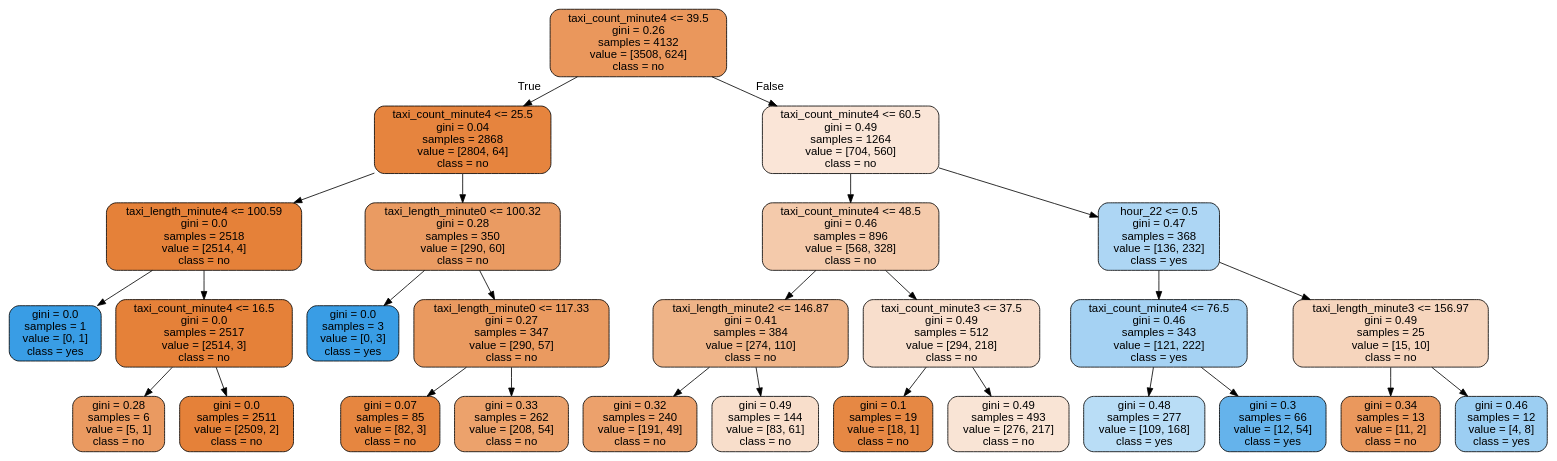
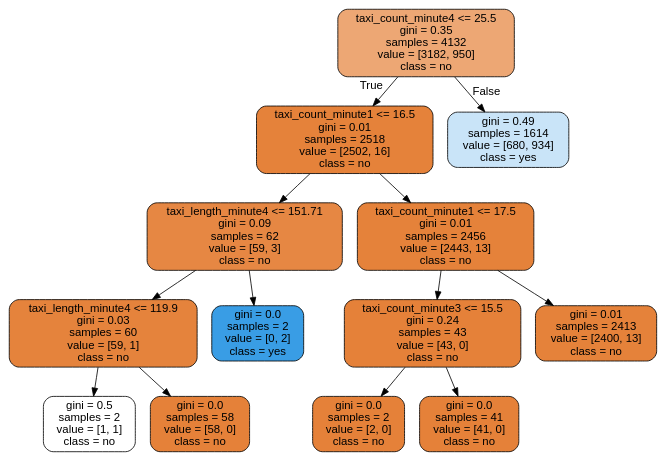
The diagram in t2_heavy_congestion.dot (DungDinhDungDinh/capstone_project), drawn with Graphviz before and after one commit. The commit also changed 8 other files, not shown here.

```diff
--- a/t2_heavy_congestion.dot
+++ b/t2_heavy_congestion.dot
@@ -1,57 +1,29 @@
 digraph Tree {
 node [shape=box, style="filled, rounded", color="black", fontname="helvetica"] ;
 edge [fontname="helvetica"] ;
-0 [label="taxi_count_minute4 <= 39.5\ngini = 0.26\nsamples = 4132\nvalue = [3508, 624]\nclass = no", fillcolor="#ea975c"] ;
-1 [label="taxi_count_minute4 <= 25.5\ngini = 0.04\nsamples = 2868\nvalue = [2804, 64]\nclass = no", fillcolor="#e6843e"] ;
+0 [label="taxi_count_minute4 <= 25.5\ngini = 0.35\nsamples = 4132\nvalue = [3182, 950]\nclass = no", fillcolor="#eda774"] ;
+1 [label="taxi_count_minute1 <= 16.5\ngini = 0.01\nsamples = 2518\nvalue = [2502, 16]\nclass = no", fillcolor="#e5823a"] ;
 0 -> 1 [labeldistance=2.5, labelangle=45, headlabel="True"] ;
-2 [label="taxi_length_minute4 <= 100.59\ngini = 0.0\nsamples = 2518\nvalue = [2514, 4]\nclass = no", fillcolor="#e58139"] ;
+2 [label="taxi_length_minute4 <= 151.71\ngini = 0.09\nsamples = 62\nvalue = [59, 3]\nclass = no", fillcolor="#e68743"] ;
 1 -> 2 ;
-3 [label="gini = 0.0\nsamples = 1\nvalue = [0, 1]\nclass = yes", fillcolor="#399de5"] ;
+3 [label="taxi_length_minute4 <= 119.9\ngini = 0.03\nsamples = 60\nvalue = [59, 1]\nclass = no", fillcolor="#e5833c"] ;
 2 -> 3 ;
-4 [label="taxi_count_minute4 <= 16.5\ngini = 0.0\nsamples = 2517\nvalue = [2514, 3]\nclass = no", fillcolor="#e58139"] ;
-2 -> 4 ;
-5 [label="gini = 0.28\nsamples = 6\nvalue = [5, 1]\nclass = no", fillcolor="#ea9a61"] ;
-4 -> 5 ;
-6 [label="gini = 0.0\nsamples = 2511\nvalue = [2509, 2]\nclass = no", fillcolor="#e58139"] ;
-4 -> 6 ;
-7 [label="taxi_length_minute0 <= 100.32\ngini = 0.28\nsamples = 350\nvalue = [290, 60]\nclass = no", fillcolor="#ea9b62"] ;
+4 [label="gini = 0.5\nsamples = 2\nvalue = [1, 1]\nclass = no", fillcolor="#ffffff"] ;
+3 -> 4 ;
+5 [label="gini = 0.0\nsamples = 58\nvalue = [58, 0]\nclass = no", fillcolor="#e58139"] ;
+3 -> 5 ;
+6 [label="gini = 0.0\nsamples = 2\nvalue = [0, 2]\nclass = yes", fillcolor="#399de5"] ;
+2 -> 6 ;
+7 [label="taxi_count_minute1 <= 17.5\ngini = 0.01\nsamples = 2456\nvalue = [2443, 13]\nclass = no", fillcolor="#e5823a"] ;
 1 -> 7 ;
-8 [label="gini = 0.0\nsamples = 3\nvalue = [0, 3]\nclass = yes", fillcolor="#399de5"] ;
+8 [label="taxi_count_minute3 <= 15.5\ngini = 0.24\nsamples = 43\nvalue = [43, 0]\nclass = no", fillcolor="#e58139"] ;
 7 -> 8 ;
-9 [label="taxi_length_minute0 <= 117.33\ngini = 0.27\nsamples = 347\nvalue = [290, 57]\nclass = no", fillcolor="#ea9a60"] ;
-7 -> 9 ;
-10 [label="gini = 0.07\nsamples = 85\nvalue = [82, 3]\nclass = no", fillcolor="#e68640"] ;
-9 -> 10 ;
-11 [label="gini = 0.33\nsamples = 262\nvalue = [208, 54]\nclass = no", fillcolor="#eca26c"] ;
-9 -> 11 ;
-12 [label="taxi_count_minute4 <= 60.5\ngini = 0.49\nsamples = 1264\nvalue = [704, 560]\nclass = no", fillcolor="#fae5d7"] ;
+9 [label="gini = 0.0\nsamples = 2\nvalue = [2, 0]\nclass = no", fillcolor="#e58139"] ;
+8 -> 9 ;
+10 [label="gini = 0.0\nsamples = 41\nvalue = [41, 0]\nclass = no", fillcolor="#e58139"] ;
+8 -> 10 ;
+11 [label="gini = 0.01\nsamples = 2413\nvalue = [2400, 13]\nclass = no", fillcolor="#e5823a"] ;
+7 -> 11 ;
+12 [label="gini = 0.49\nsamples = 1614\nvalue = [680, 934]\nclass = yes", fillcolor="#c9e4f8"] ;
 0 -> 12 [labeldistance=2.5, labelangle=-45, headlabel="False"] ;
-13 [label="taxi_count_minute4 <= 48.5\ngini = 0.46\nsamples = 896\nvalue = [568, 328]\nclass = no", fillcolor="#f4caab"] ;
-12 -> 13 ;
-14 [label="taxi_length_minute2 <= 146.87\ngini = 0.41\nsamples = 384\nvalue = [274, 110]\nclass = no", fillcolor="#efb488"] ;
-13 -> 14 ;
-15 [label="gini = 0.32\nsamples = 240\nvalue = [191, 49]\nclass = no", fillcolor="#eca16c"] ;
-14 -> 15 ;
-16 [label="gini = 0.49\nsamples = 144\nvalue = [83, 61]\nclass = no", fillcolor="#f8decb"] ;
-14 -> 16 ;
-17 [label="taxi_count_minute3 <= 37.5\ngini = 0.49\nsamples = 512\nvalue = [294, 218]\nclass = no", fillcolor="#f8decc"] ;
-13 -> 17 ;
-18 [label="gini = 0.1\nsamples = 19\nvalue = [18, 1]\nclass = no", fillcolor="#e68844"] ;
-17 -> 18 ;
-19 [label="gini = 0.49\nsamples = 493\nvalue = [276, 217]\nclass = no", fillcolor="#f9e4d5"] ;
-17 -> 19 ;
-20 [label="hour_22 <= 0.5\ngini = 0.47\nsamples = 368\nvalue = [136, 232]\nclass = yes", fillcolor="#add6f4"] ;
-12 -> 20 ;
-21 [label="taxi_count_minute4 <= 76.5\ngini = 0.46\nsamples = 343\nvalue = [121, 222]\nclass = yes", fillcolor="#a5d2f3"] ;
-20 -> 21 ;
-22 [label="gini = 0.48\nsamples = 277\nvalue = [109, 168]\nclass = yes", fillcolor="#b9ddf6"] ;
-21 -> 22 ;
-23 [label="gini = 0.3\nsamples = 66\nvalue = [12, 54]\nclass = yes", fillcolor="#65b3eb"] ;
-21 -> 23 ;
-24 [label="taxi_length_minute3 <= 156.97\ngini = 0.49\nsamples = 25\nvalue = [15, 10]\nclass = no", fillcolor="#f6d5bd"] ;
-20 -> 24 ;
-25 [label="gini = 0.34\nsamples = 13\nvalue = [11, 2]\nclass = no", fillcolor="#ea985d"] ;
-24 -> 25 ;
-26 [label="gini = 0.46\nsamples = 12\nvalue = [4, 8]\nclass = yes", fillcolor="#9ccef2"] ;
-24 -> 26 ;
 }
```
